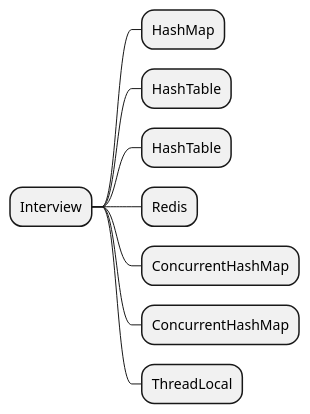
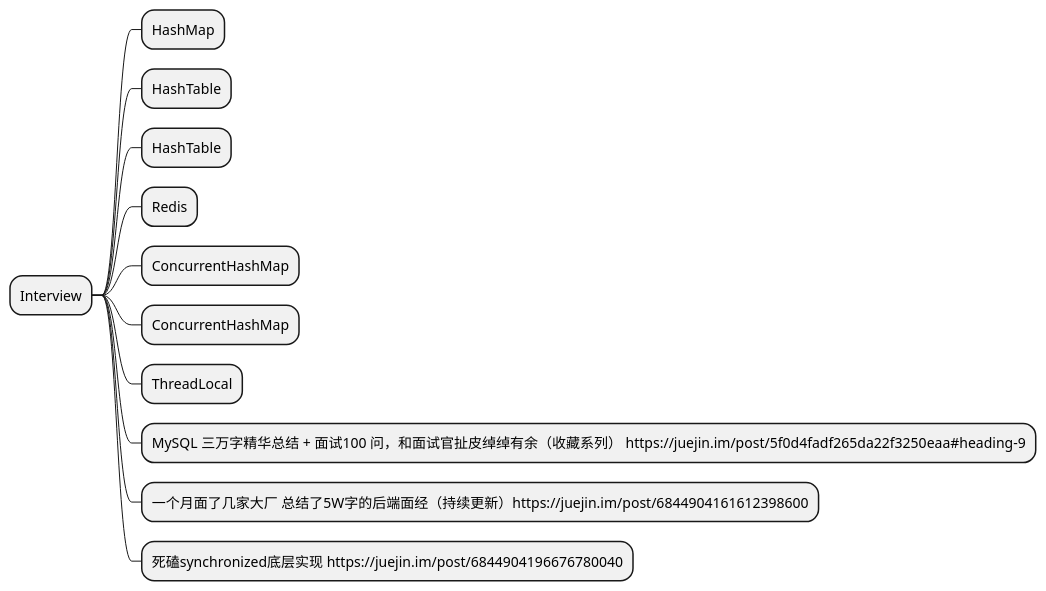
One commit to wincentwang/hyperbench changed the diagram in hyperbench-plantuml/src/main/resources/plantuml/interview.puml. Above: the diagram before and after it, drawn with PlantUML. The commit also changed 8 other files, not shown here.

```diff
--- a/hyperbench-plantuml/src/main/resources/plantuml/interview.puml
+++ b/hyperbench-plantuml/src/main/resources/plantuml/interview.puml
@@ -1,11 +1,13 @@
 @startmindmap
 * Interview
 ** HashMap
 ** HashTable
 ** HashTable
 ** Redis
 ** ConcurrentHashMap
 ** ConcurrentHashMap
 ** ThreadLocal
-
+** MySQL 三万字精华总结 + 面试100 问，和面试官扯皮绰绰有余（收藏系列） https://juejin.im/post/5f0d4fadf265da22f3250eaa#heading-9
+** 一个月面了几家大厂 总结了5W字的后端面经（持续更新）https://juejin.im/post/6844904161612398600
+** 死磕synchronized底层实现 https://juejin.im/post/6844904196676780040
 @endmindmap
```
